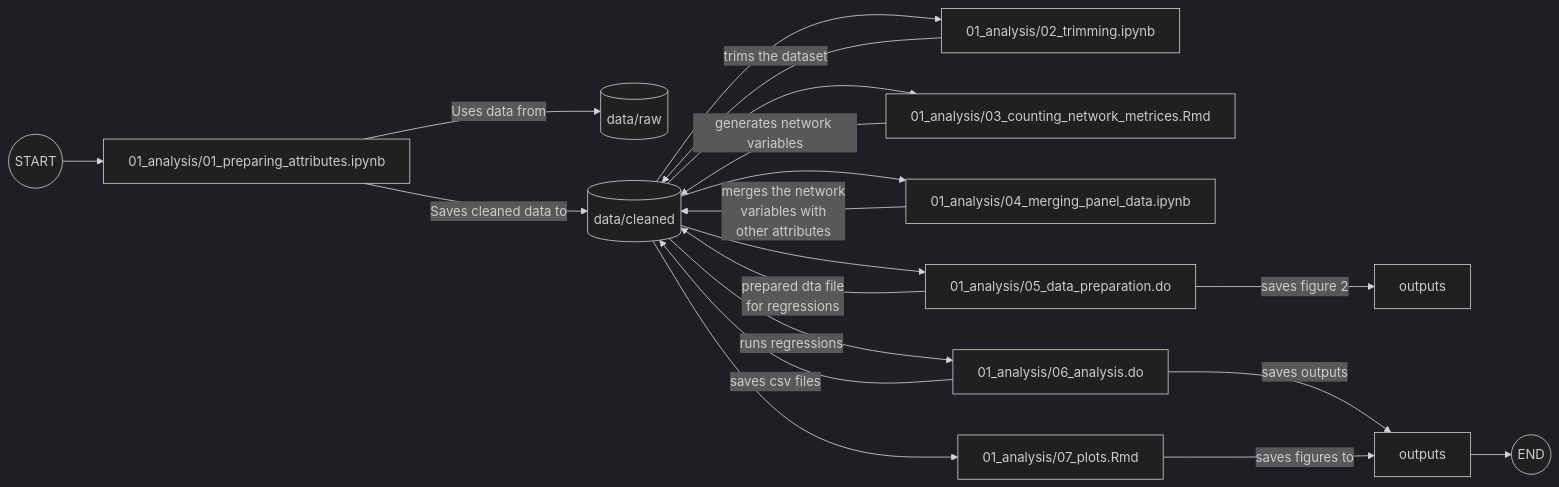
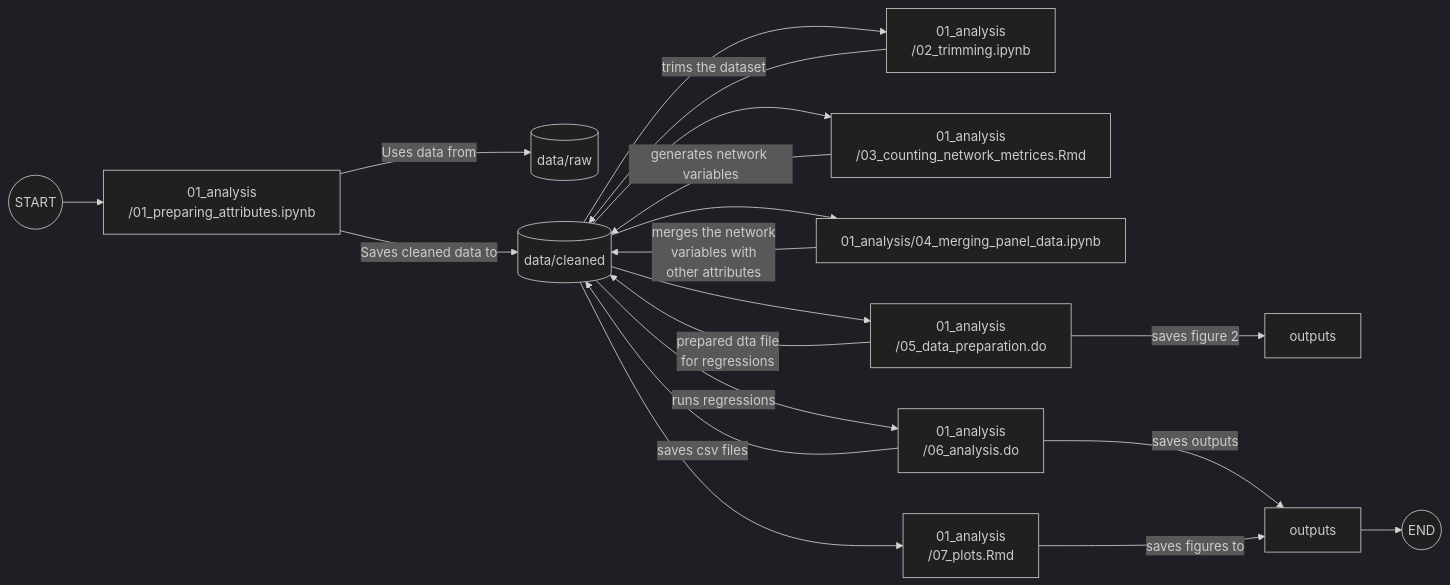
The diagram in README.md (TAD600/Population_Migration_Network), drawn with Mermaid (dark theme) before and after one commit. The commit also changed other lines of this file, not shown here.

````diff
--- a/README.md
+++ b/README.md
@@ -13,21 +13,21 @@
 ```mermaid
 flowchart LR
-    A((START)) --> B[01_analysis/01_preparing_attributes.ipynb]
+    A((START)) --> B[01_analysis\n/01_preparing_attributes.ipynb]
     B --> |Uses data from| C[(data/raw)]
     B --> |Saves cleaned data to| D[(data/cleaned)]
-    D --> E[01_analysis/02_trimming.ipynb]
+    D --> E[01_analysis\n/02_trimming.ipynb]
     E --> |trims the dataset|D
-    D --> F[01_analysis/03_counting_network_metrices.Rmd]
+    D --> F[01_analysis\n/03_counting_network_metrices.Rmd]
     F --> |generates network variables|D
     D --> G[01_analysis/04_merging_panel_data.ipynb]
     G --> |merges the network\n variables with\n other attributes|D
-    D --> H[01_analysis/05_data_preparation.do]
+    D --> H[01_analysis\n/05_data_preparation.do]
     H --> |prepared dta file\n for regressions|D
     H --> |saves figure 2|I[outputs]
-    D --> |runs regressions|J[01_analysis/06_analysis.do]
+    D --> |runs regressions|J[01_analysis\n/06_analysis.do]
     J -->|saves outputs|K[outputs]
     J --> |saves csv files|D
-    D --> L[01_analysis/07_plots.Rmd]
+    D --> L[01_analysis\n/07_plots.Rmd]
     L --> |saves figures to|K
     K --> M((END))
 ```
````
